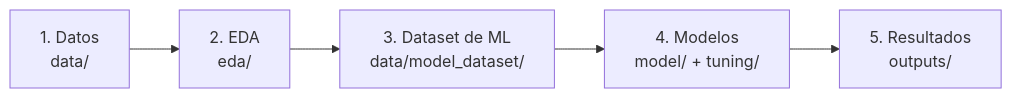
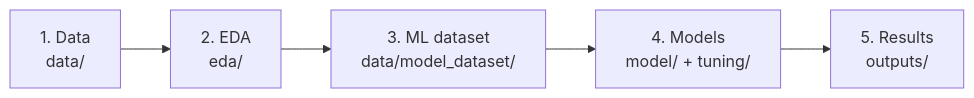
Before and after one commit to Nata456-eng/CEGE0049-Wildfire-Susceptibility-Assessment-in-Sabanas-de-Yar---Bajo-Cagu-n-Colombian-Amazon: the diagram in WORKFLOW.md, drawn with Mermaid. The commit also changed other lines of this file and 154 other files, not shown here.

````diff
--- a/WORKFLOW.md
+++ b/WORKFLOW.md
@@ -19,7 +19,7 @@
 ```mermaid
 flowchart LR
-    A["1. Datos\ndata/"] --> B["2. EDA\neda/"]
-    B --> C["3. Dataset de ML\ndata/model_dataset/"]
-    C --> D["4. Modelos\nmodel/ + tuning/"]
-    D --> E["5. Resultados\noutputs/"]
+    A["1. Data\ndata/"] --> B["2. EDA\neda/"]
+    B --> C["3. ML dataset\ndata/model_dataset/"]
+    C --> D["4. Models\nmodel/ + tuning/"]
+    D --> E["5. Results\noutputs/"]
 ```
````
